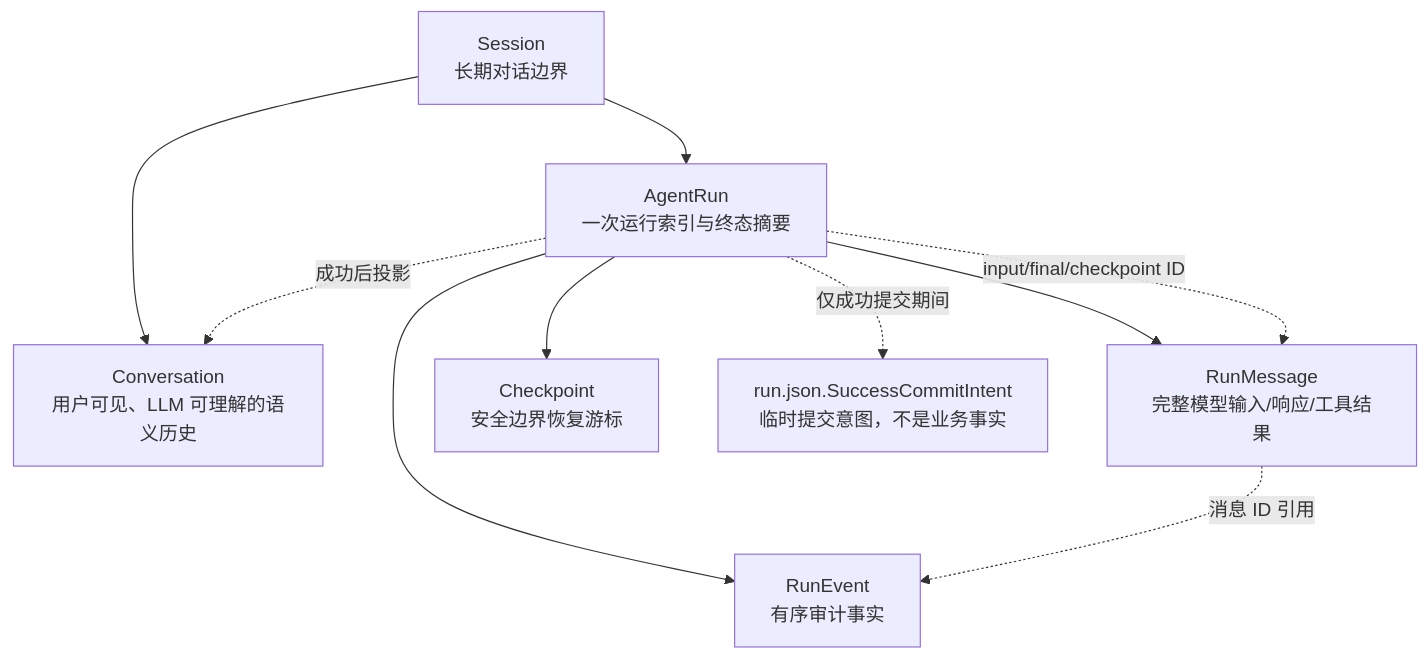
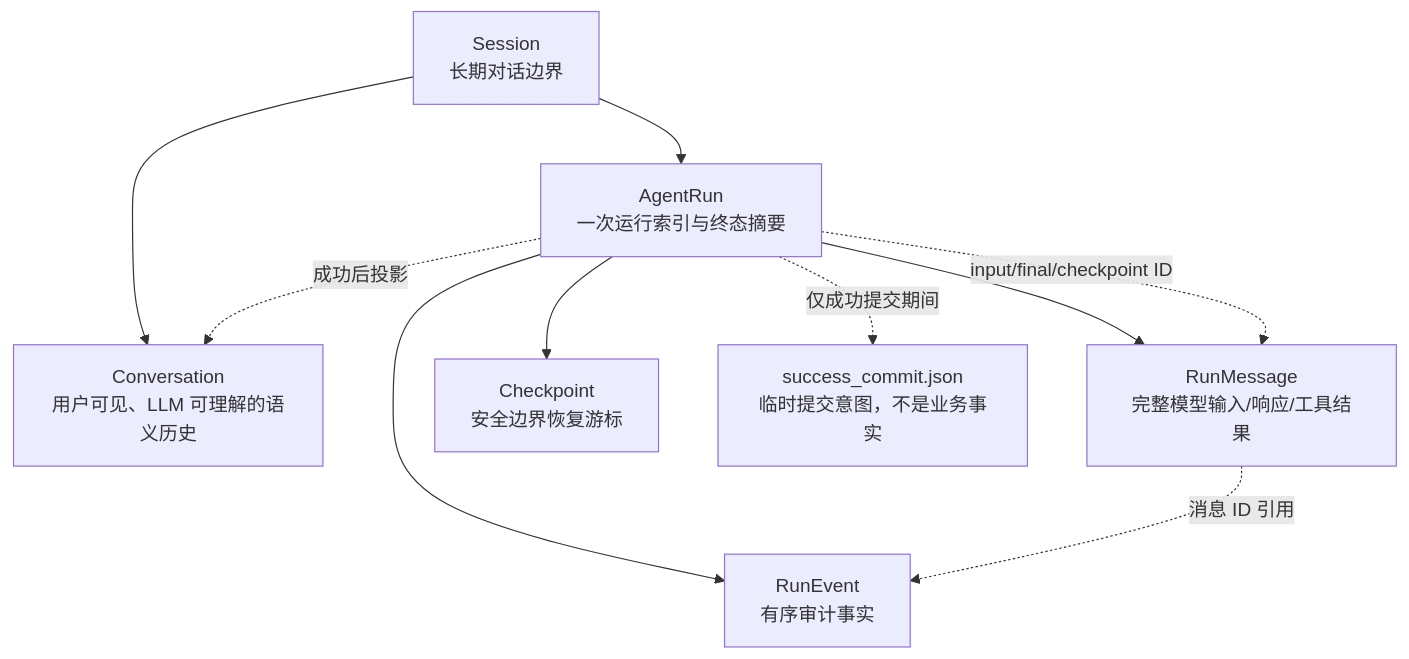
One commit to aandbcct/dotClaw changed the third of 8 diagrams in docs/wiki/Runtime 模块总体说明.md. Above: the diagram before and after it, drawn with Mermaid. The commit also changed other lines of this file and 12 other files, not shown here.

````diff
--- a/docs/wiki/Runtime 模块总体说明.md
+++ b/docs/wiki/Runtime 模块总体说明.md
@@ -175,20 +180,20 @@
 ```mermaid
 flowchart TB
     Session["Session\n长期对话边界"]
     Conversation["Conversation\n用户可见、LLM 可理解的语义历史"]
     Run["AgentRun\n一次运行索引与终态摘要"]
     Messages["RunMessage\n完整模型输入/响应/工具结果"]
     Events["RunEvent\n有序审计事实"]
     Checkpoint["Checkpoint\n安全边界恢复游标"]
-    Intent["run.json.SuccessCommitIntent\n临时提交意图，不是业务事实"]
+    Intent["success_commit.json\n临时提交意图，不是业务事实"]
 
     Session --> Conversation
     Session --> Run
     Run --> Messages
     Run --> Events
     Run --> Checkpoint
     Run -. "仅成功提交期间" .-> Intent
     Messages -. "消息 ID 引用" .-> Events
     Run -. "input/final/checkpoint ID" .-> Messages
     Run -. "成功后投影" .-> Conversation
 ```
````
